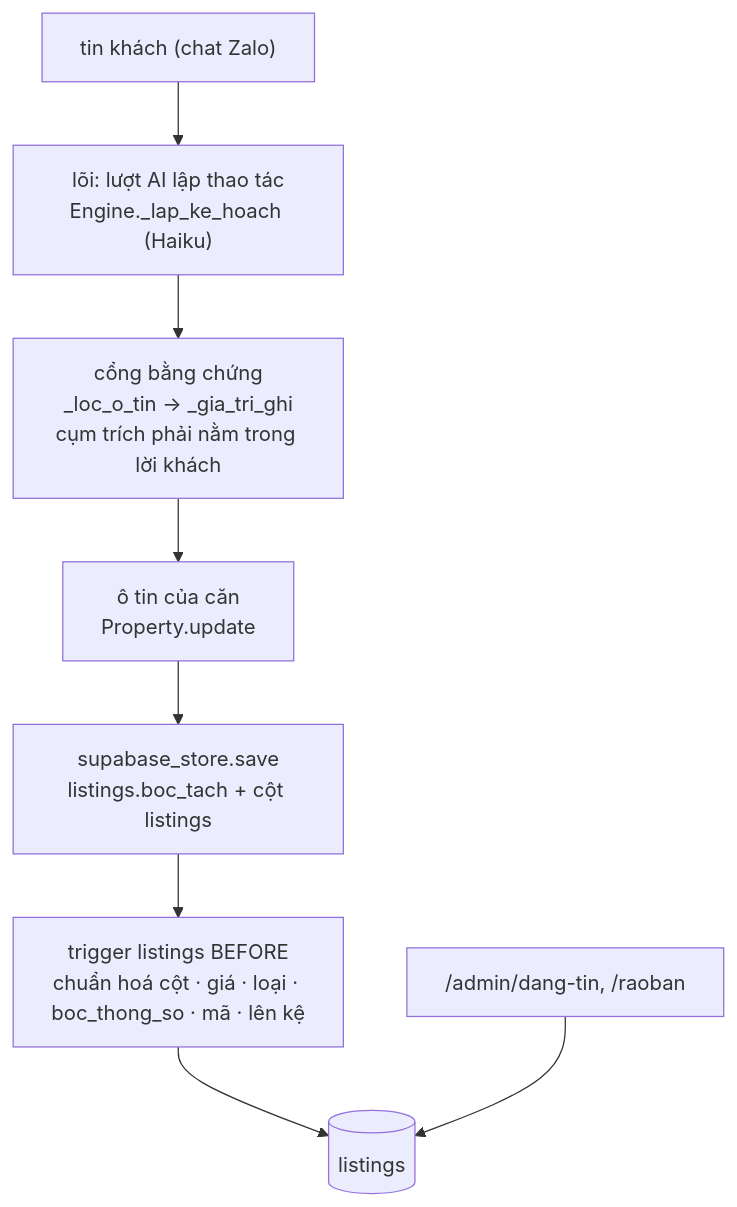
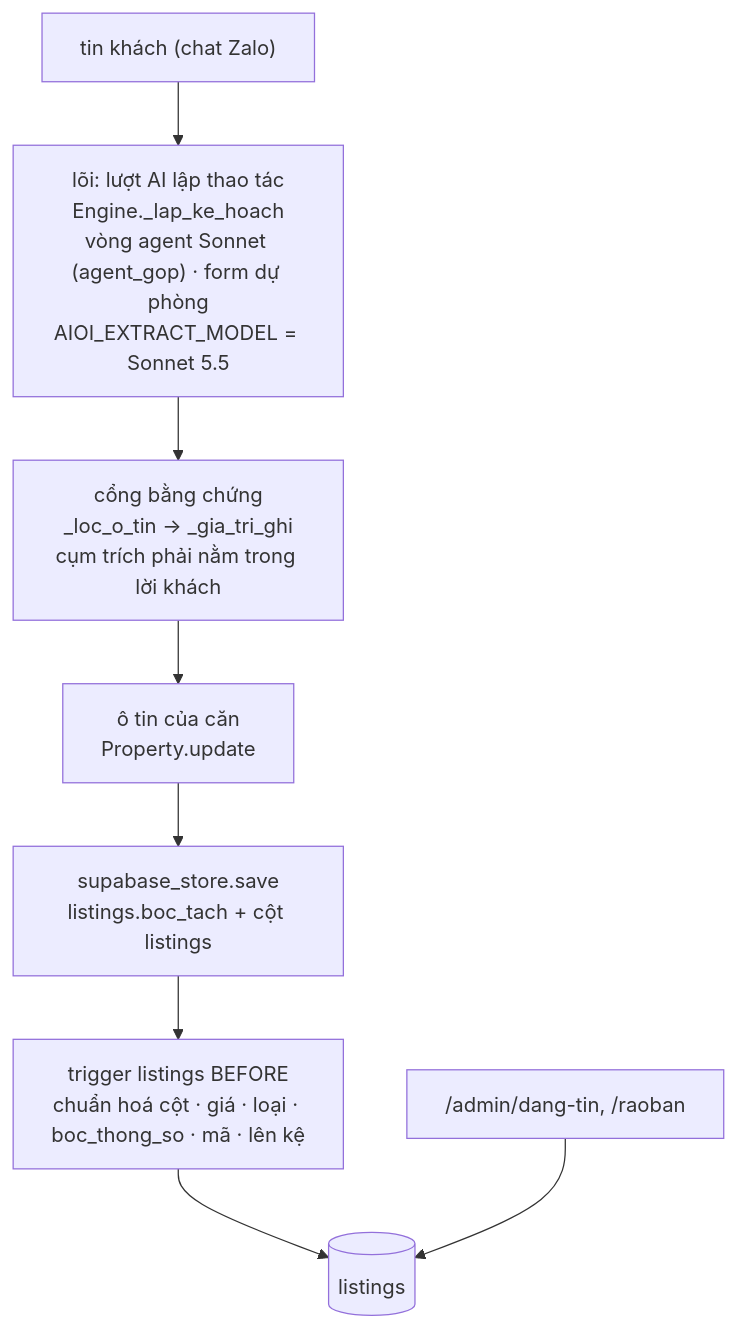
Before and after one commit to quang507/AOND: the third of 3 diagrams in docs/07-srs.md, drawn with Mermaid. The commit also changed other lines of this file and 6 other files, not shown here.

````diff
--- a/docs/07-srs.md
+++ b/docs/07-srs.md
@@ -234,10 +234,10 @@
 ```mermaid
 flowchart TB
-  k["tin khách (chat Zalo)"] --> ai["lõi: lượt AI lập thao tác<br/>Engine._lap_ke_hoach (Haiku)"]
+  k["tin khách (chat Zalo)"] --> ai["lõi: lượt AI lập thao tác<br/>Engine._lap_ke_hoach<br/>vòng agent Sonnet (agent_gop) · form dự phòng<br/>AIOI_EXTRACT_MODEL = Sonnet 5.5"]
   ai --> gate["cổng bằng chứng<br/>_loc_o_tin → _gia_tri_ghi<br/>cụm trích phải nằm trong lời khách"]
   gate --> prop["ô tin của căn<br/>Property.update"]
   prop --> save["supabase_store.save<br/>listings.boc_tach + cột listings"]
   save --> trg["trigger listings BEFORE<br/>chuẩn hoá cột · giá · loại · boc_thong_so · mã · lên kệ"]
   trg --> db[("listings")]
   web["/admin/dang-tin, /raoban"] --> db
 ```
````
